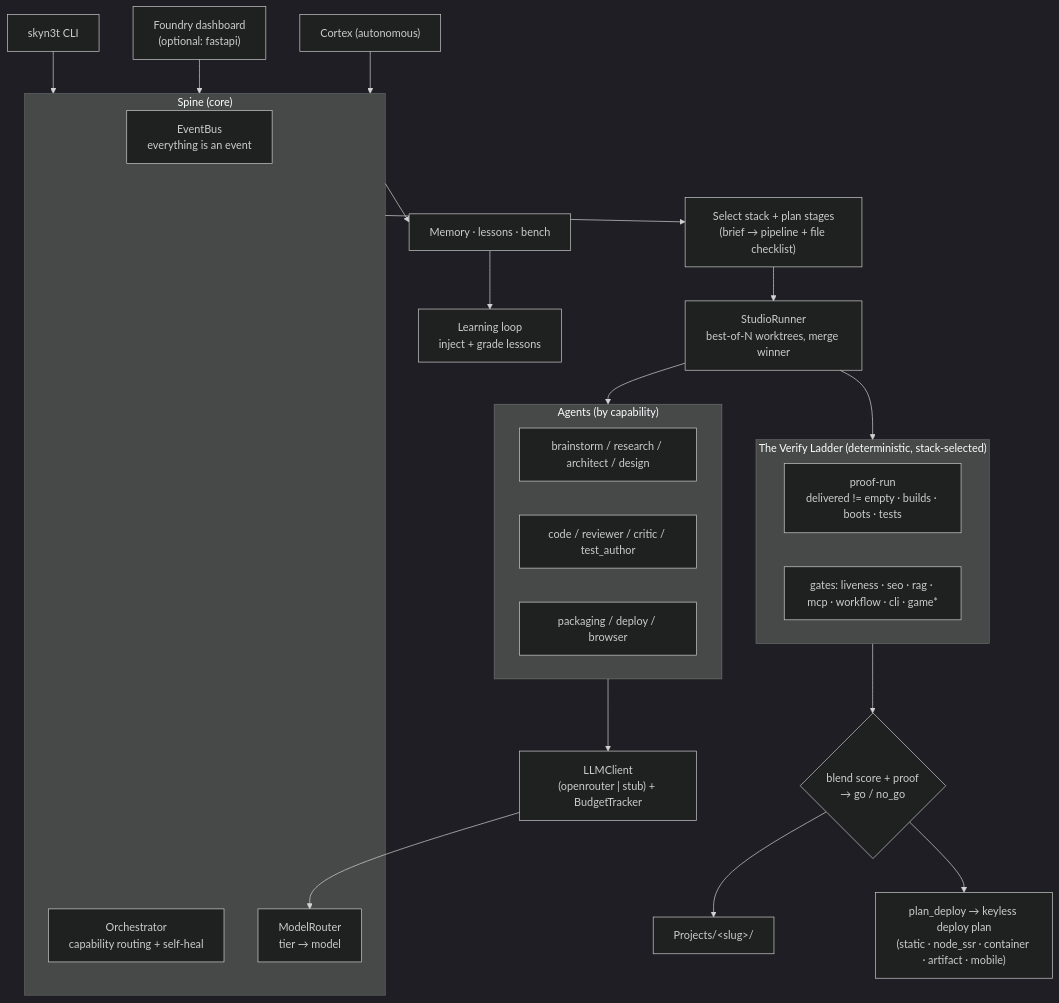
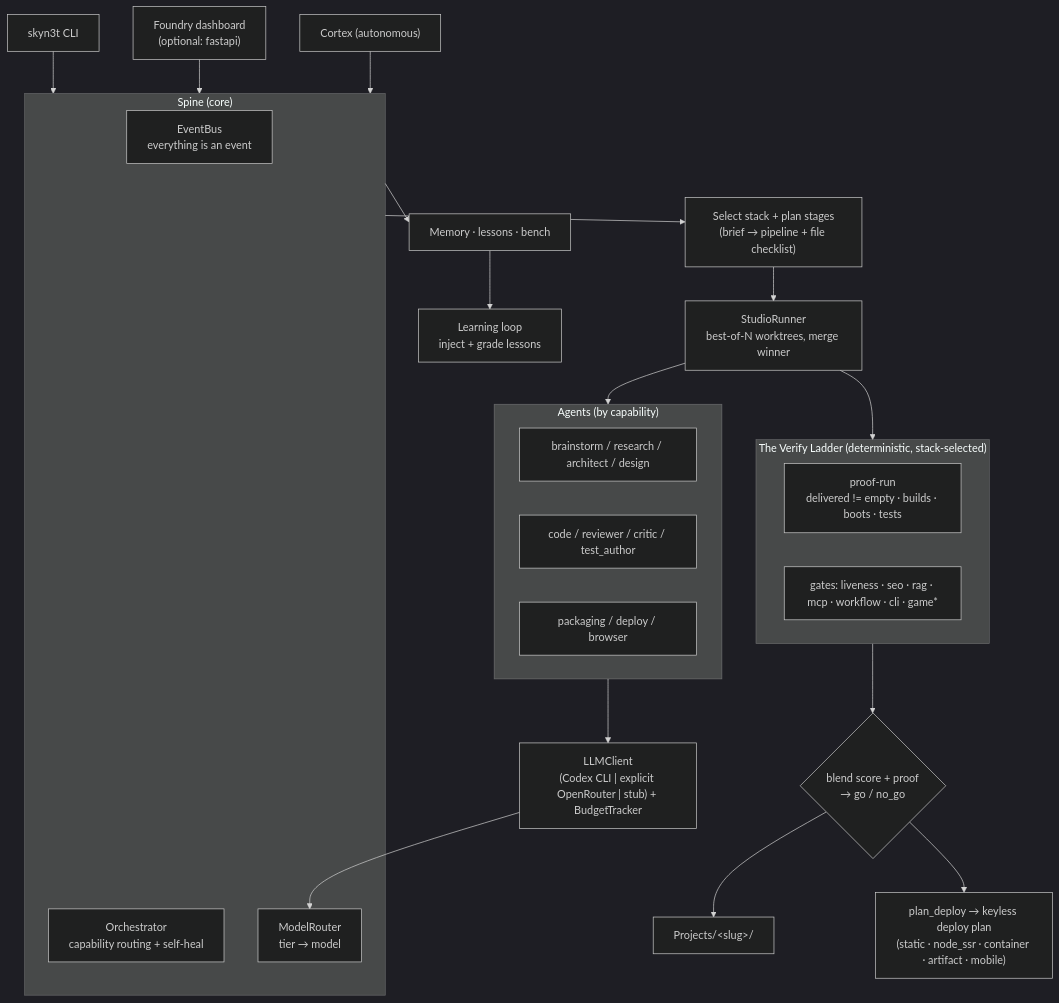
The diagram in README.md (Choaterboater/skyn3t-2-0), drawn with Mermaid (dark theme) before and after one commit. The commit also changed other lines of this file and 70 other files, not shown here.

````diff
--- a/README.md
+++ b/README.md
@@ -169,38 +174,38 @@
 ```mermaid
 flowchart TD
     CLI["skyn3t CLI"] --> SPINE
     WEB["Foundry dashboard<br/>(optional: fastapi)"] --> SPINE
 
     subgraph SPINE["Spine (core)"]
         BUS["EventBus<br/>everything is an event"]
         ORCH["Orchestrator<br/>capability routing + self-heal"]
         ROUTER["ModelRouter<br/>tier → model"]
     end
 
     SPINE --> PLAN["Select stack + plan stages<br/>(brief → pipeline + file checklist)"]
     PLAN --> STUDIO["StudioRunner<br/>best-of-N worktrees, merge winner"]
     STUDIO --> AGENTS
 
     subgraph AGENTS["Agents (by capability)"]
         A1["brainstorm / research / architect / design"]
         A2["code / reviewer / critic / test_author"]
         A3["packaging / deploy / browser"]
     end
 
     STUDIO --> LADDER
 
     subgraph LADDER["The Verify Ladder (deterministic, stack-selected)"]
         P["proof-run<br/>delivered != empty · builds · boots · tests"]
         G["gates: liveness · seo · rag · mcp · workflow · cli · game*"]
     end
 
     LADDER --> VERDICT{"blend score + proof<br/>→ go / no_go"}
     VERDICT --> DELIVER["Projects/&lt;slug&gt;/"]
     VERDICT --> SHIP["plan_deploy → keyless deploy plan<br/>(static · node_ssr · container · artifact · mobile)"]
 
-    AGENTS --> LLM["LLMClient<br/>(openrouter | stub) + BudgetTracker"]
+    AGENTS --> LLM["LLMClient<br/>(Codex CLI | explicit OpenRouter | stub) + BudgetTracker"]
     LLM --> ROUTER
     SPINE --> MEM["Memory · lessons · bench"]
     MEM --> LEARN["Learning loop<br/>inject + grade lessons"]
     CORTEX["Cortex (autonomous)"] --> SPINE
 ```
````
